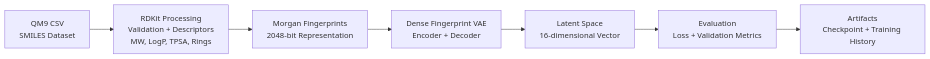
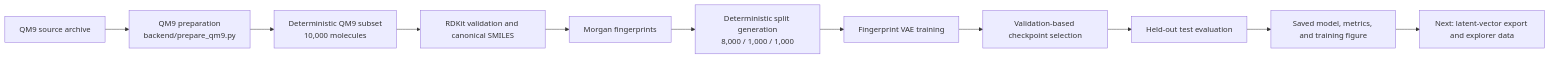
The diagram in docs/ARCHITECTURE.md (rizonehyseni/Latent-Space-Explorer), drawn with Mermaid before and after one commit. The commit also changed other lines of this file, not shown here.

Commit message:
docs: align architecture with QM9 baseline workflow

````diff
--- a/docs/ARCHITECTURE.md
+++ b/docs/ARCHITECTURE.md
@@ -13,18 +13,13 @@
 ```mermaid
 flowchart LR
-    A[QM9 CSV<br/>SMILES Dataset]
-
-    B[RDKit Processing<br/>Validation + Descriptors<br/>MW, LogP, TPSA, Rings]
-
-    C[Morgan Fingerprints<br/>2048-bit Representation]
-
-    D[Dense Fingerprint VAE<br/>Encoder + Decoder]
-
-    E[Latent Space<br/>16-dimensional Vector]
-
-    F[Evaluation<br/>Loss + Validation Metrics]
-
-    G[Artifacts<br/>Checkpoint + Training History]
-
-    A --> B --> C --> D --> E --> F --> G
+    A["QM9 source archive"] --> B["QM9 preparation<br/>backend/prepare_qm9.py"]
+    B --> C["Deterministic QM9 subset<br/>10,000 molecules"]
+    C --> D["RDKit validation and canonical SMILES"]
+    D --> E["Morgan fingerprints"]
+    E --> F["Deterministic split generation<br/>8,000 / 1,000 / 1,000"]
+    F --> G["Fingerprint VAE training"]
+    G --> H["Validation-based checkpoint selection"]
+    H --> I["Held-out test evaluation"]
+    I --> J["Saved model, metrics, and training figure"]
+    J --> K["Next: latent-vector export and explorer data"]
 ```
````
